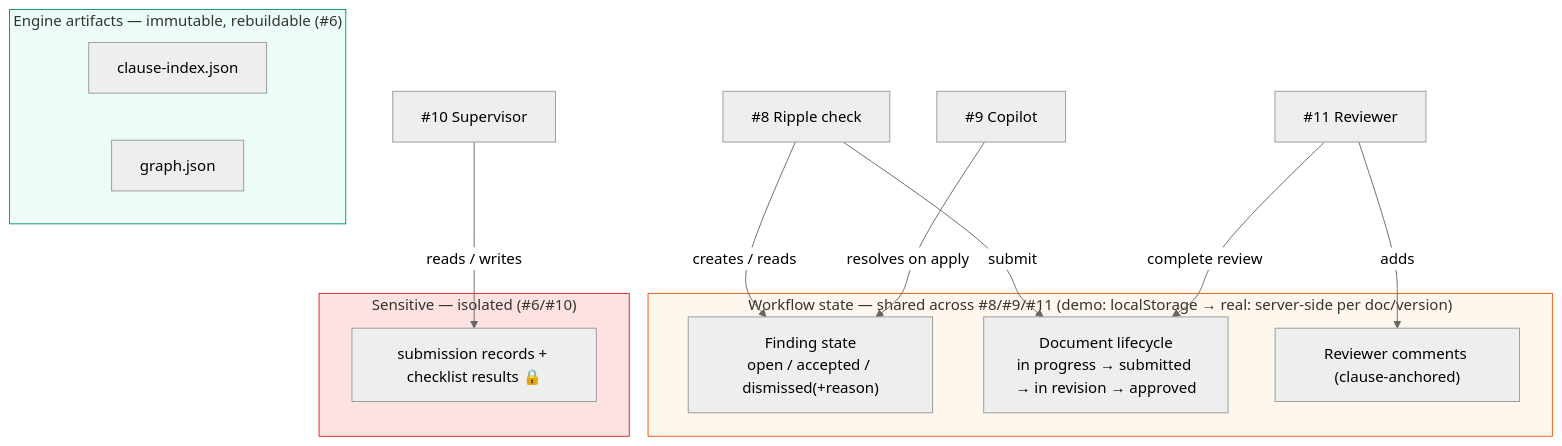
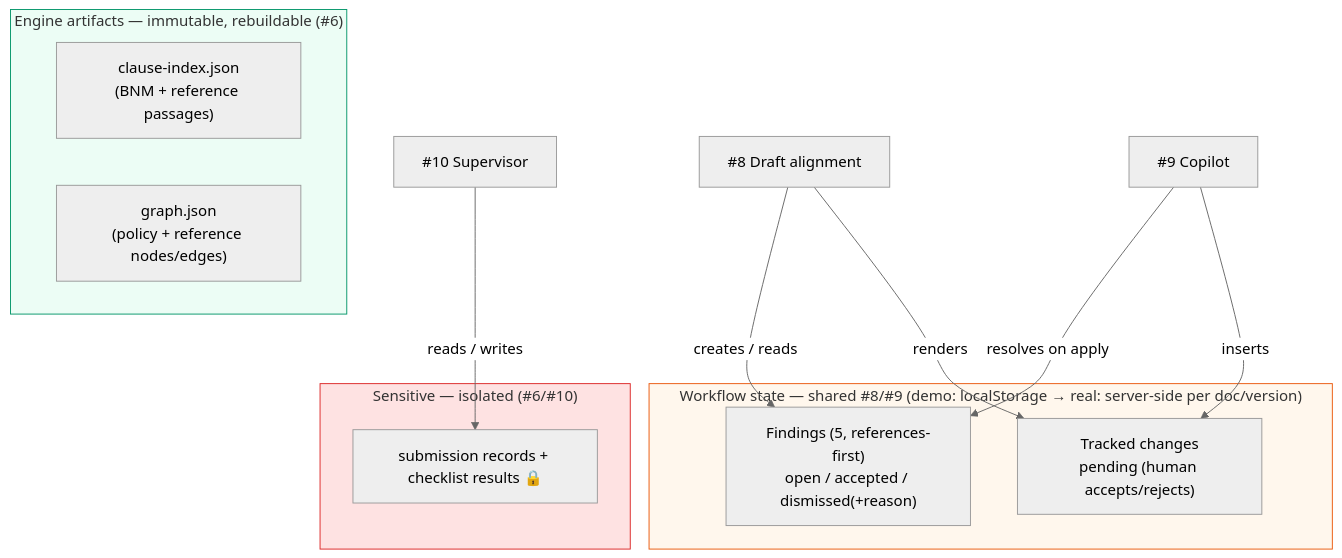
One commit to dzaffren/copa-hackathon changed the third of 5 diagrams in docs/specs/rulebook-radar/architecture.md. Above: the diagram before and after it, drawn with Mermaid (neutral theme). The commit also changed other lines of this file and 12 other files, not shown here.

````diff
--- a/docs/specs/rulebook-radar/architecture.md
+++ b/docs/specs/rulebook-radar/architecture.md
@@ -111,28 +132,26 @@
 ```mermaid
 flowchart TB
     subgraph IMMUTABLE["Engine artifacts — immutable, rebuildable (#6)"]
-        CI["clause-index.json"]
-        GJ["graph.json"]
+        CI["clause-index.json<br/>(BNM + reference passages)"]
+        GJ["graph.json<br/>(policy + reference nodes/edges)"]
     end
 
-    subgraph MUTABLE["Workflow state — shared across #8/#9/#11 (demo: localStorage → real: server-side per doc/version)"]
-        FIND["Finding state<br/>open / accepted / dismissed(+reason)"]
-        DOCST["Document lifecycle<br/>in progress → submitted → in revision → approved"]
-        CMT["Reviewer comments (clause-anchored)"]
+    subgraph MUTABLE["Workflow state — shared #8/#9 (demo: localStorage → real: server-side per doc/version)"]
+        FIND["Findings (5, references-first)<br/>open / accepted / dismissed(+reason)"]
+        TC["Tracked changes<br/>pending (human accepts/rejects)"]
     end
 
     subgraph SENSITIVE["Sensitive — isolated (#6/#10)"]
         SUBS["submission records + checklist results 🔒"]
     end
 
-    RIP["#8 Ripple check"] -->|creates / reads| FIND
+    ALN["#8 Draft alignment"] -->|creates / reads| FIND
     COP["#9 Copilot"] -->|resolves on apply| FIND
-    RIP -->|submit| DOCST
-    REV["#11 Reviewer"] -->|complete review| DOCST
-    REV -->|adds| CMT
+    COP -->|inserts| TC
+    ALN -->|renders| TC
     SUPCHK["#10 Supervisor"] -->|reads / writes| SUBS
 
     style IMMUTABLE fill:#ecfdf5,stroke:#059669
     style SENSITIVE fill:#fee2e2,stroke:#dc2626
     style MUTABLE fill:#fff7ed,stroke:#ea580c
 ```
````
